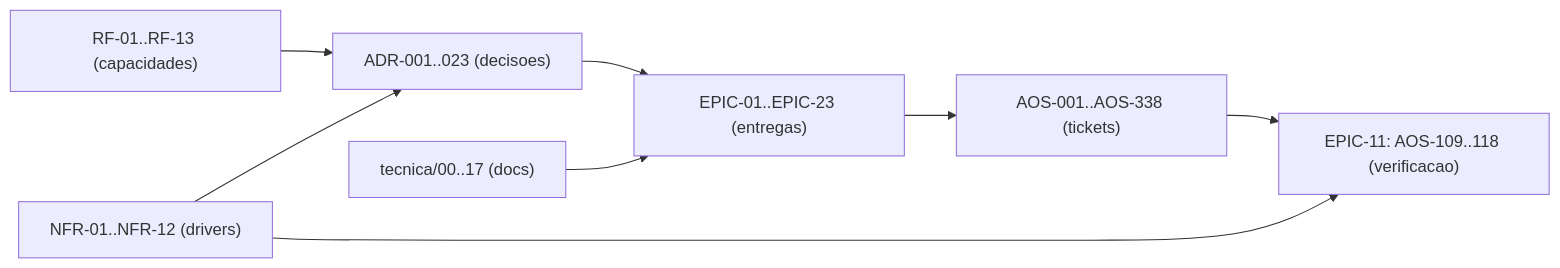
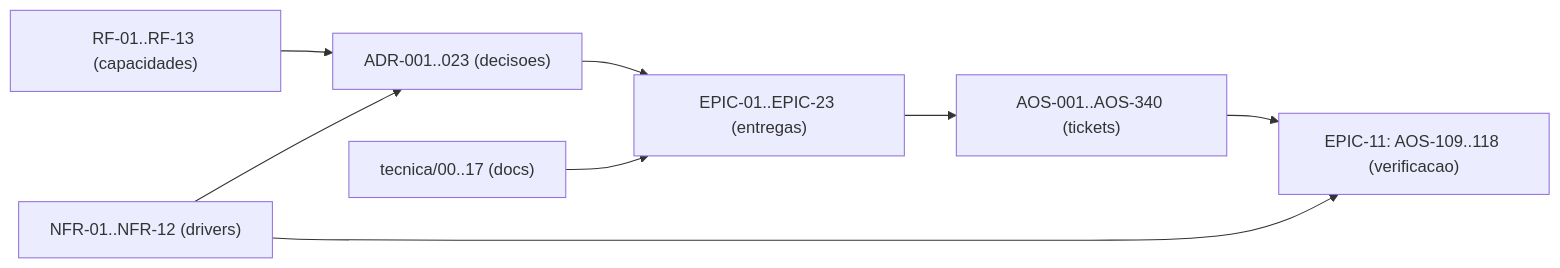
Before and after one commit to albinoJimy/aos: the diagram in tecnica/16_Rastreabilidade_RTM.md, drawn with Mermaid. The commit also changed other lines of this file and 1 other file, not shown here.

First line of the commit message:
chore(AOS-340): declarar AOS-339 como atribuido noutro ramo, e regenerar a RTM

````diff
--- a/tecnica/16_Rastreabilidade_RTM.md
+++ b/tecnica/16_Rastreabilidade_RTM.md
@@ -180,10 +180,10 @@
 ```mermaid
 flowchart LR
     RF["RF-01..RF-13 (capacidades)"] --> ADR["ADR-001..023 (decisoes)"]
     NFR["NFR-01..NFR-12 (drivers)"] --> ADR
     ADR --> EPIC["EPIC-01..EPIC-23 (entregas)"]
-    EPIC --> TICK["AOS-001..AOS-338 (tickets)"]
+    EPIC --> TICK["AOS-001..AOS-340 (tickets)"]
     DOC["tecnica/00..17 (docs)"] --> EPIC
     TICK --> TEST["EPIC-11: AOS-109..118 (verificacao)"]
     NFR --> TEST
 ```
````
